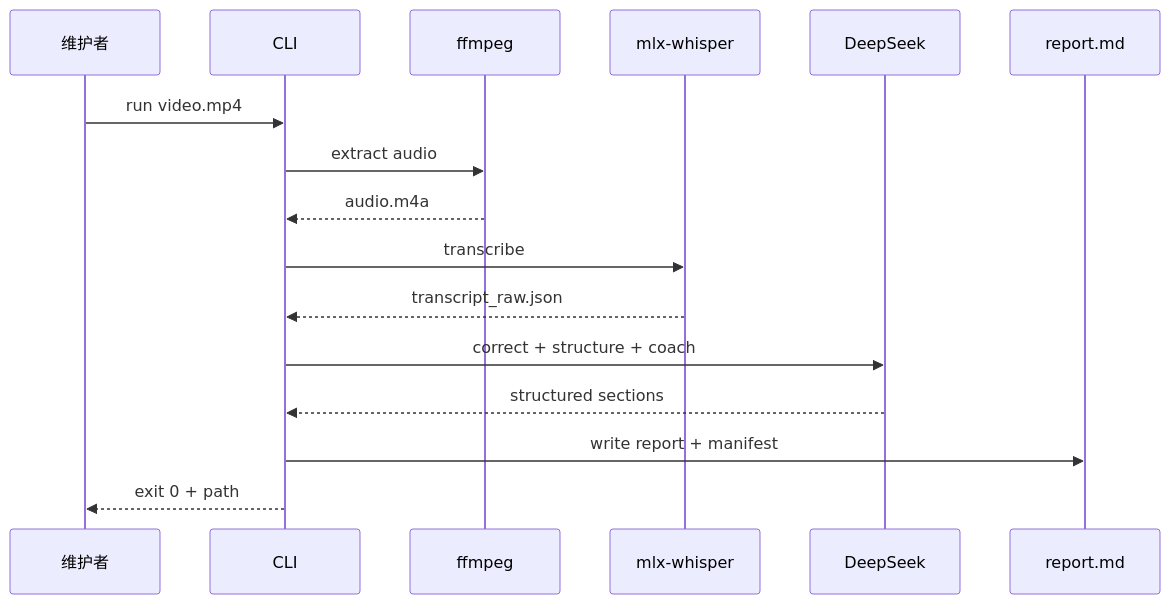
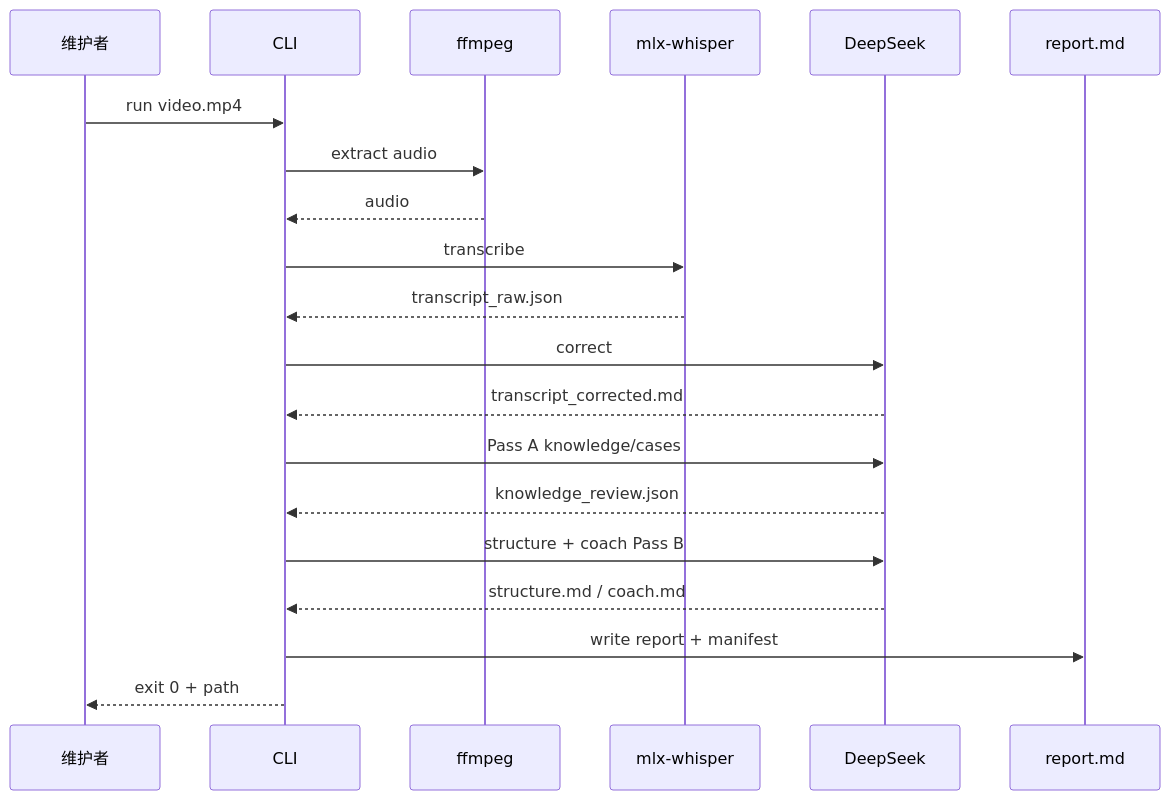
The second of 2 diagrams in docs/02-architecture/001_system-overview_系统概览.md (IdEvEbI/lesson-review-ai), drawn with Mermaid before and after one commit. The commit also changed other lines of this file and 5 other files, not shown here.

First line of the commit message:
docs(architecture): propose two-pass knowledge review and report gates

````diff
--- a/docs/02-architecture/001_system-overview_系统概览.md
+++ b/docs/02-architecture/001_system-overview_系统概览.md
@@ -54,19 +54,23 @@
 ```mermaid
 sequenceDiagram
   participant U as 维护者
   participant C as CLI
   participant F as ffmpeg
   participant W as mlx-whisper
   participant L as DeepSeek
   participant R as report.md
 
   U->>C: run video.mp4
   C->>F: extract audio
-  F-->>C: audio.m4a
+  F-->>C: audio
   C->>W: transcribe
   W-->>C: transcript_raw.json
-  C->>L: correct + structure + coach
-  L-->>C: structured sections
+  C->>L: correct
+  L-->>C: transcript_corrected.md
+  C->>L: Pass A knowledge/cases
+  L-->>C: knowledge_review.json
+  C->>L: structure + coach Pass B
+  L-->>C: structure.md / coach.md
   C->>R: write report + manifest
   C-->>U: exit 0 + path
 ```
````
